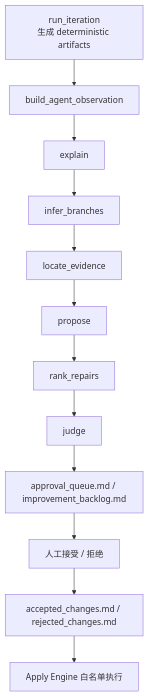
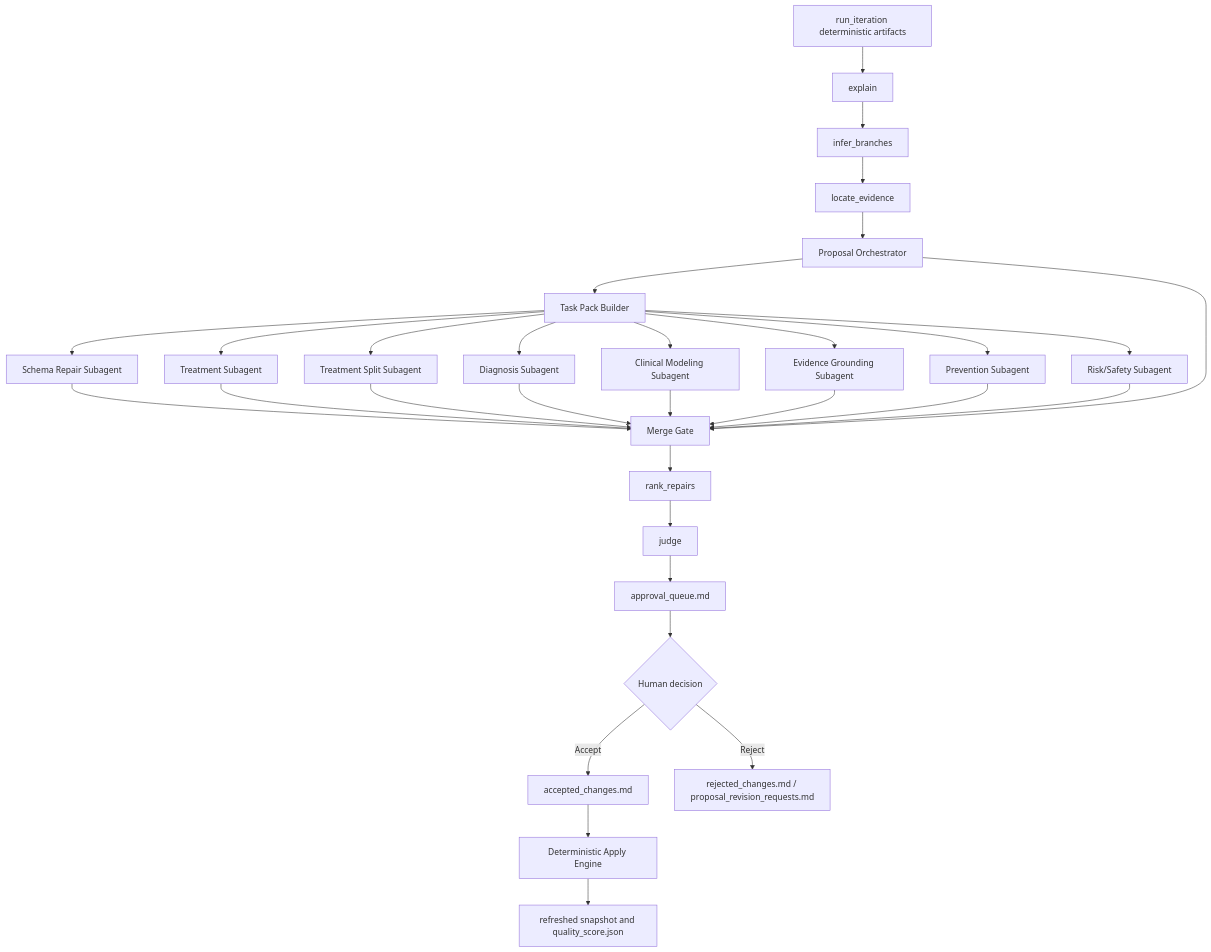
Before and after one commit to HKUDS/LightRAG: the diagram in docs/superpowers/plans/2026-06-21-kg-agent-multi-agent-proposal-orchestrator-implementation.md, drawn with Mermaid. The commit also changed other lines of this file and 93 other files, not shown here.

Commit message:
feat: improve kg iteration agent workflow

````diff
--- a/docs/superpowers/plans/2026-06-21-kg-agent-multi-agent-proposal-orchestrator-implementation.md
+++ b/docs/superpowers/plans/2026-06-21-kg-agent-multi-agent-proposal-orchestrator-implementation.md
@@ -17,14 +24,33 @@
 ```mermaid
 flowchart TD
-    A["run_iteration<br/>生成 deterministic artifacts"] --> B["build_agent_observation"]
-    B --> C["explain"]
-    C --> D["infer_branches"]
-    D --> E["locate_evidence"]
-    E --> F["propose"]
-    F --> G["rank_repairs"]
-    G --> H["judge"]
-    H --> I["approval_queue.md / improvement_backlog.md"]
-    I --> J["人工接受 / 拒绝"]
-    J --> K["accepted_changes.md / rejected_changes.md"]
-    K --> L["Apply Engine 白名单执行"]
+    A["run_iteration deterministic artifacts"] --> B["explain"]
+    B --> C["infer_branches"]
+    C --> D["locate_evidence"]
+    D --> E["Proposal Orchestrator"]
+    E --> F["Task Pack Builder"]
+    F --> G1["Schema Repair Subagent"]
+    F --> G2["Treatment Subagent"]
+    F --> G3["Treatment Split Subagent"]
+    F --> G4["Diagnosis Subagent"]
+    F --> G5["Clinical Modeling Subagent"]
+    F --> G6["Evidence Grounding Subagent"]
+    F --> G7["Prevention Subagent"]
+    F --> G8["Risk/Safety Subagent"]
+    G1 --> H["Merge Gate"]
+    G2 --> H
+    G3 --> H
+    G4 --> H
+    G5 --> H
+    G6 --> H
+    G7 --> H
+    G8 --> H
+    E --> H
+    H --> I["rank_repairs"]
+    I --> J["judge"]
+    J --> K["approval_queue.md"]
+    K --> L{"Human decision"}
+    L -->|"Accept"| M["accepted_changes.md"]
+    L -->|"Reject"| N["rejected_changes.md / proposal_revision_requests.md"]
+    M --> O["Deterministic Apply Engine"]
+    O --> P["refreshed snapshot and quality_score.json"]
 ```
````
